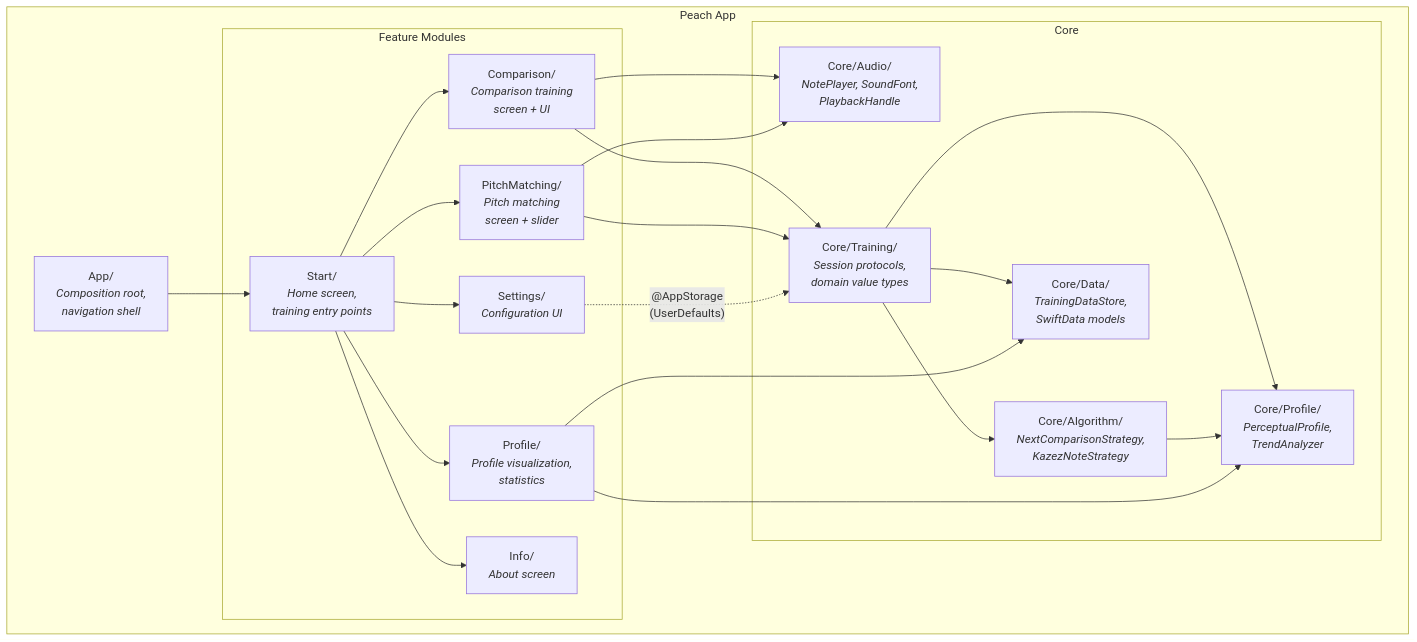
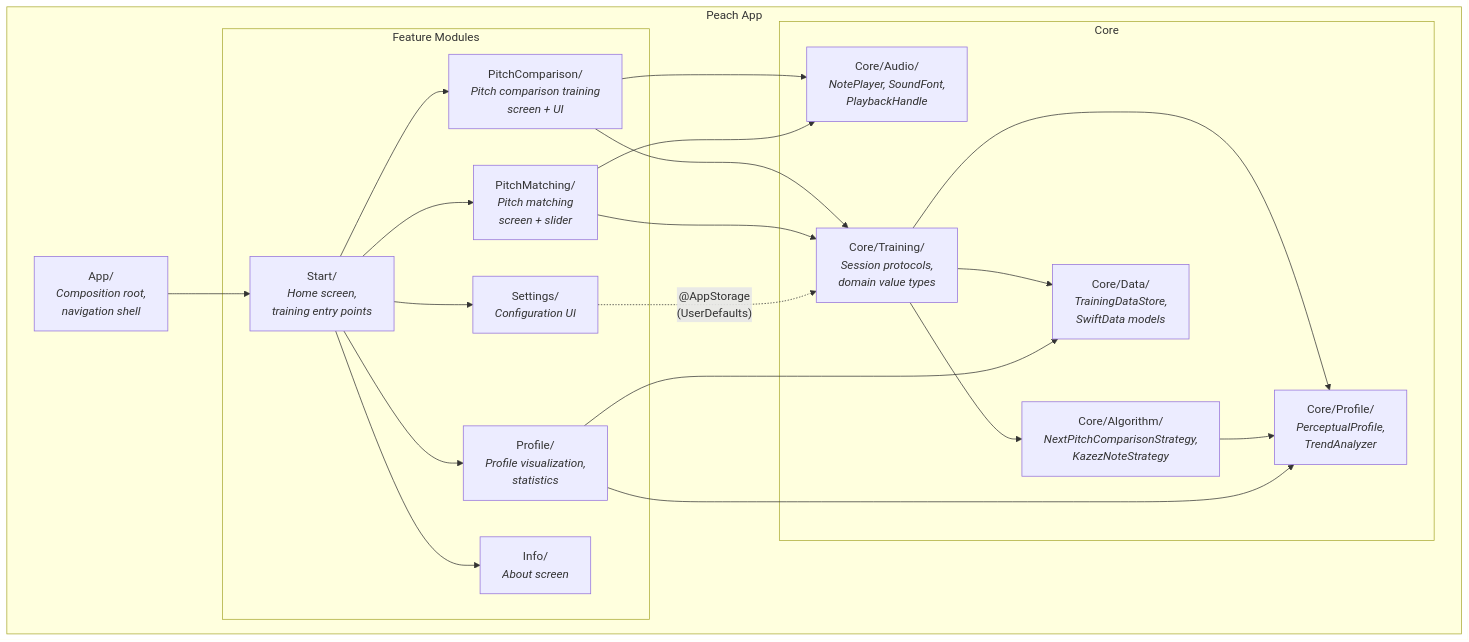
The first of 4 diagrams in docs/arc42/05-building-block-view.md (mschuerig/peach), drawn with Mermaid before and after one commit. The commit also changed other lines of this file and 120 other files, not shown here.

First line of the commit message:
Rename Comparison to PitchComparison across entire codebase

````diff
--- a/docs/arc42/05-building-block-view.md
+++ b/docs/arc42/05-building-block-view.md
@@ -5,44 +5,44 @@
 ```mermaid
 graph TB
     subgraph "Peach App"
         App["App/<br><i>Composition root,<br>navigation shell</i>"]
 
         subgraph "Feature Modules"
             Start["Start/<br><i>Home screen,<br>training entry points</i>"]
-            Comparison["Comparison/<br><i>Comparison training<br>screen + UI</i>"]
+            PitchComparison["PitchComparison/<br><i>Pitch comparison training<br>screen + UI</i>"]
             PitchMatching["PitchMatching/<br><i>Pitch matching<br>screen + slider</i>"]
             Profile["Profile/<br><i>Profile visualization,<br>statistics</i>"]
             Settings["Settings/<br><i>Configuration UI</i>"]
             Info["Info/<br><i>About screen</i>"]
         end
 
         subgraph "Core"
             Audio["Core/Audio/<br><i>NotePlayer, SoundFont,<br>PlaybackHandle</i>"]
-            Algorithm["Core/Algorithm/<br><i>NextComparisonStrategy,<br>KazezNoteStrategy</i>"]
+            Algorithm["Core/Algorithm/<br><i>NextPitchComparisonStrategy,<br>KazezNoteStrategy</i>"]
             Data["Core/Data/<br><i>TrainingDataStore,<br>SwiftData models</i>"]
             ProfileCore["Core/Profile/<br><i>PerceptualProfile,<br>TrendAnalyzer</i>"]
             Training["Core/Training/<br><i>Session protocols,<br>domain value types</i>"]
         end
     end
 
     App --> Start
-    Start --> Comparison
+    Start --> PitchComparison
     Start --> PitchMatching
     Start --> Profile
     Start --> Settings
     Start --> Info
 
-    Comparison --> Training
-    Comparison --> Audio
+    PitchComparison --> Training
+    PitchComparison --> Audio
     PitchMatching --> Training
     PitchMatching --> Audio
 
     Training --> Algorithm
     Training --> ProfileCore
     Training --> Data
     Algorithm --> ProfileCore
 
     Profile --> ProfileCore
     Profile --> Data
     Settings -.->|"@AppStorage<br>(UserDefaults)"| Training
 ```
````
